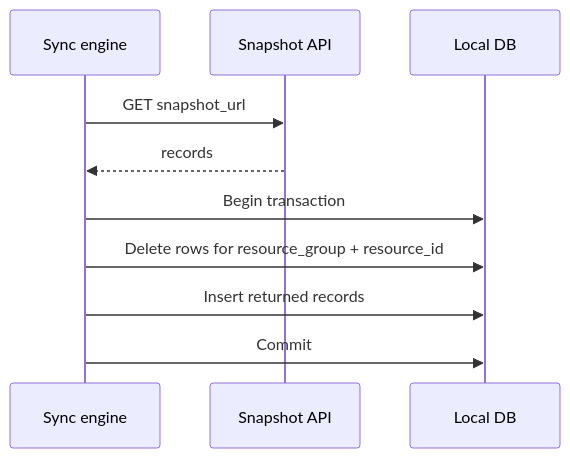
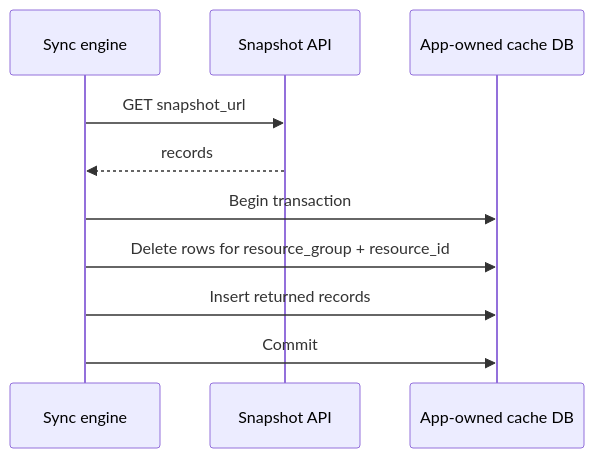
Before and after one commit to quran/qf-api-docs: the third of 3 diagrams in docs/tutorials/content-sync/offline-cache-patterns.mdx, drawn with Mermaid. The commit also changed other lines of this file, not shown here.

Commit message:
Clarify that cache transactions are app-owned

````diff
--- a/docs/tutorials/content-sync/offline-cache-patterns.mdx
+++ b/docs/tutorials/content-sync/offline-cache-patterns.mdx
@@ -96,13 +96,13 @@
 ```mermaid
 sequenceDiagram
     participant Engine as Sync engine
     participant Snapshot as Snapshot API
-    participant DB as Local DB
+    participant DB as App-owned cache DB
 
     Engine->>Snapshot: GET snapshot_url
     Snapshot-->>Engine: records
     Engine->>DB: Begin transaction
     Engine->>DB: Delete rows for resource_group + resource_id
     Engine->>DB: Insert returned records
     Engine->>DB: Commit
 ```
````
